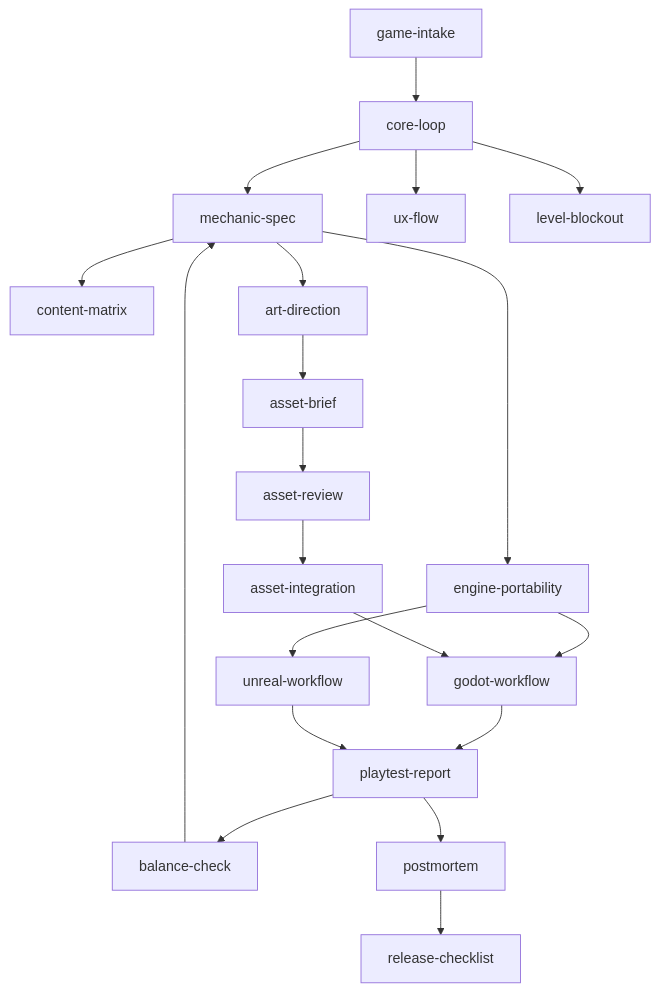
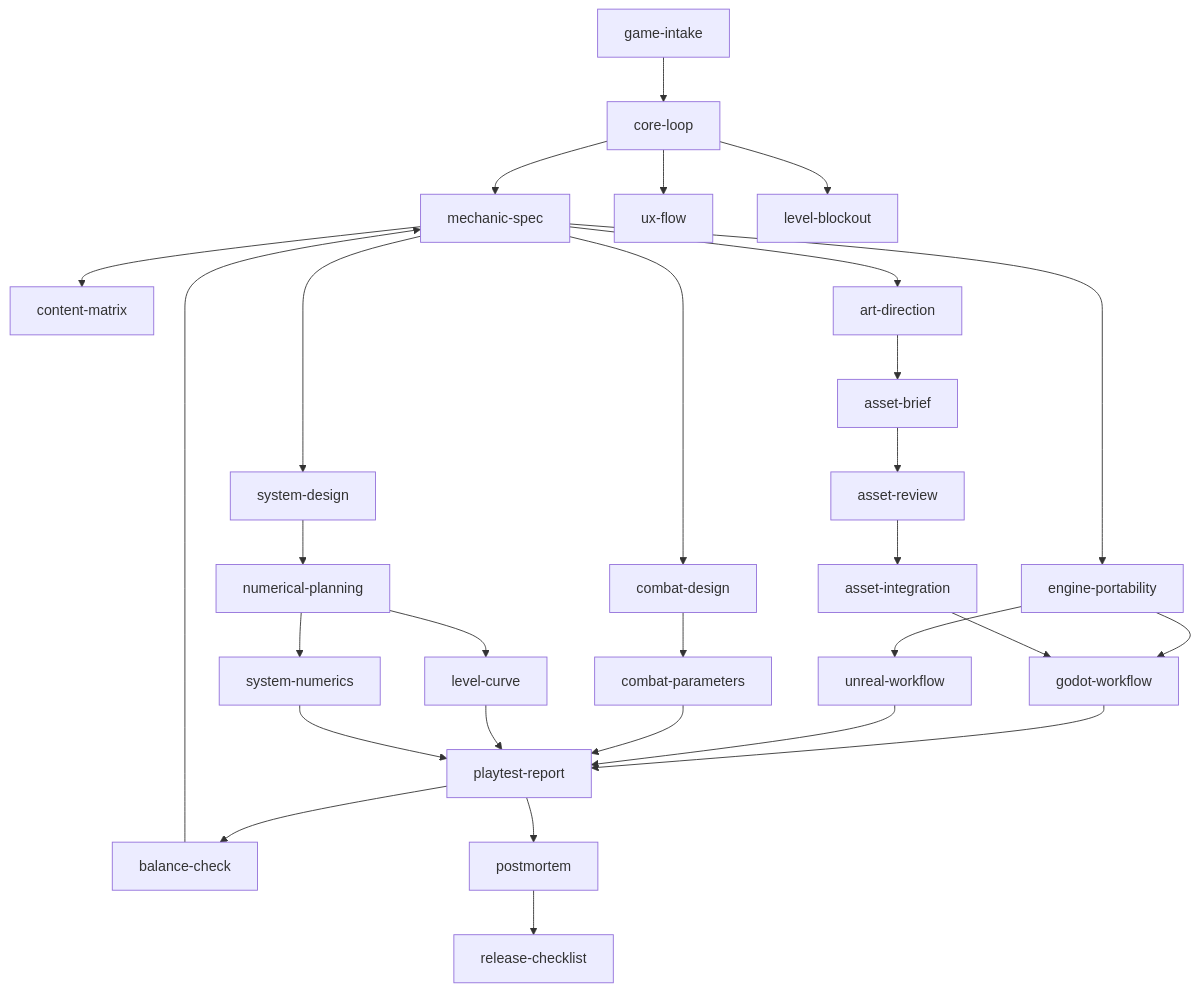
Before and after one commit to wikieden/MuseGameWorkshop: the diagram in docs/muse-game-workshop-docs/skill-pack-spec.en.md, drawn with Mermaid. The commit also changed other lines of this file and 150 other files, not shown here.

````diff
--- a/docs/muse-game-workshop-docs/skill-pack-spec.en.md
+++ b/docs/muse-game-workshop-docs/skill-pack-spec.en.md
@@ -872,22 +904,31 @@
 ```mermaid
 flowchart TD
   A["game-intake"] --> B["core-loop"]
   B --> C["mechanic-spec"]
   C --> D["content-matrix"]
   C --> E["engine-portability"]
   E --> F["godot-workflow"]
   E --> G["unreal-workflow"]
   F --> H["playtest-report"]
   G --> H
   H --> I["balance-check"]
   I --> C
   H --> J["postmortem"]
   J --> K["release-checklist"]
   C --> L["art-direction"]
   L --> M["asset-brief"]
   M --> N["asset-review"]
   N --> O["asset-integration"]
   O --> F
   B --> P["ux-flow"]
   B --> Q["level-blockout"]
+  C --> R["system-design"]
+  C --> S["combat-design"]
+  R --> T["numerical-planning"]
+  S --> U["combat-parameters"]
+  T --> V["level-curve"]
+  T --> W["system-numerics"]
+  U --> H
+  V --> H
+  W --> H
 ```
````
